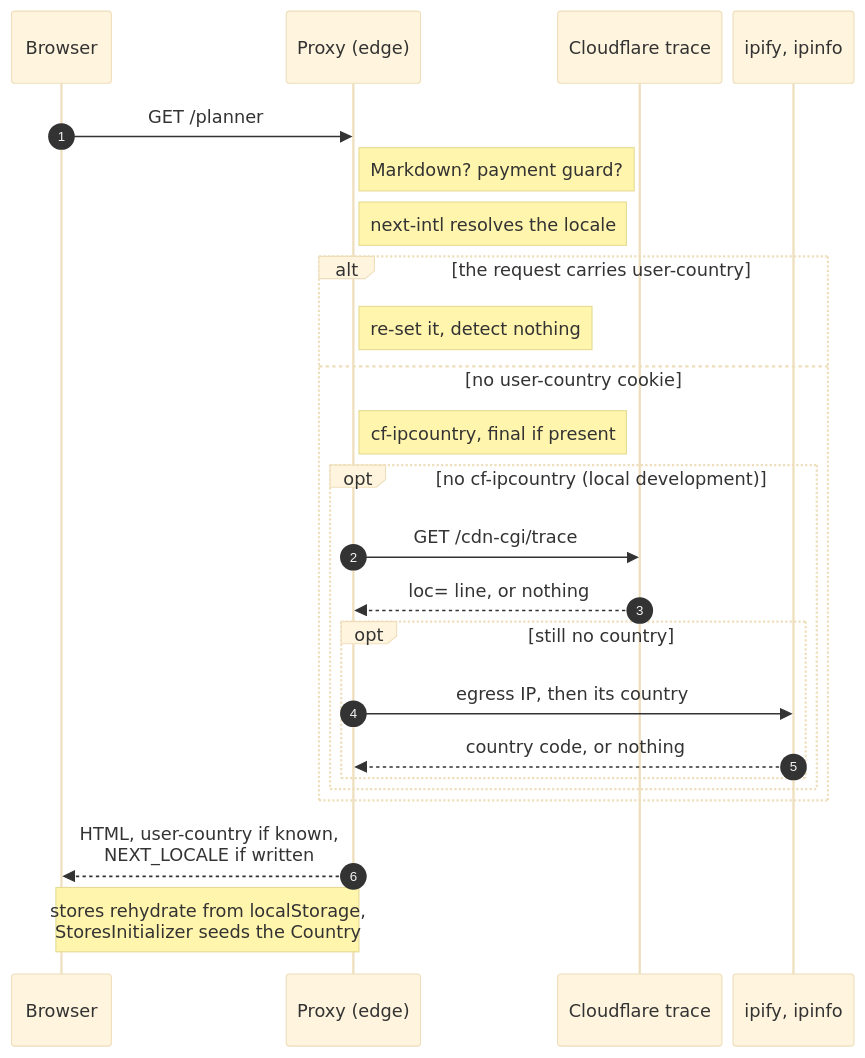
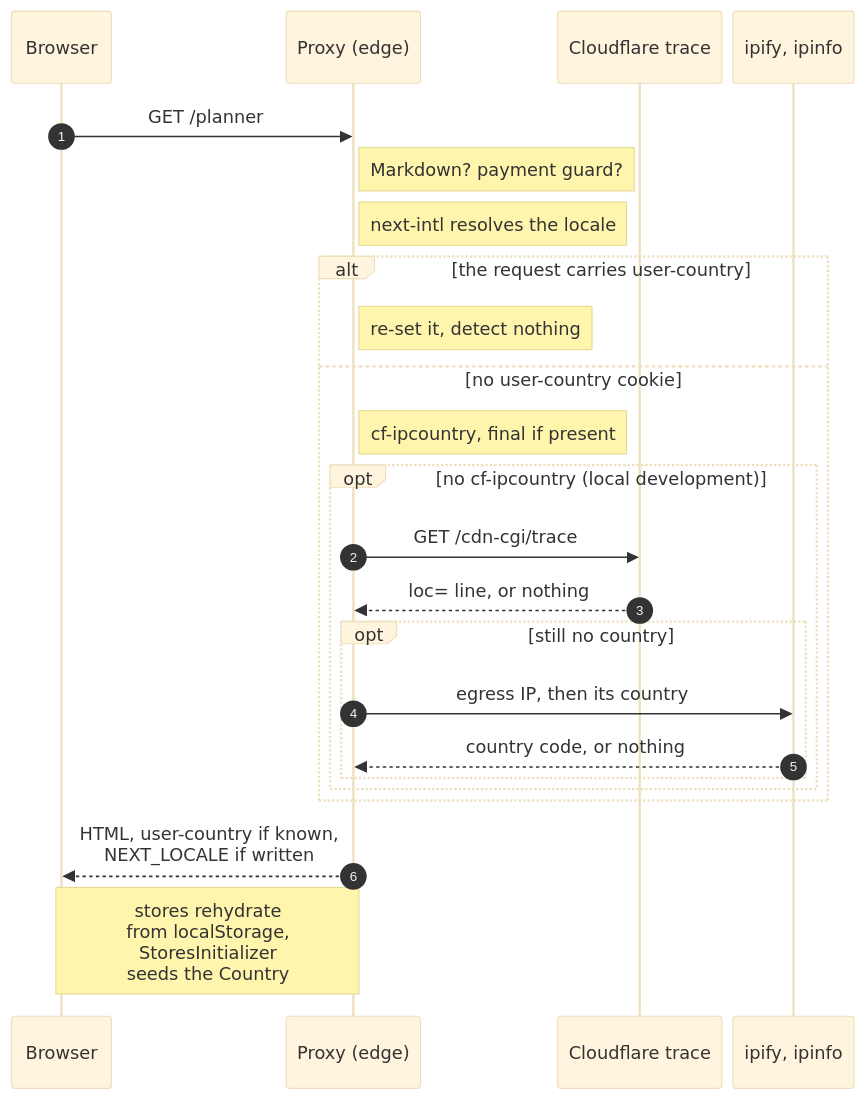
One commit to fbuireu/forever-pto changed the second of 3 diagrams in apps/docs/src/content/docs/how-it-works/overview.mdx. Above: the diagram before and after it, drawn with Mermaid (base theme). The commit also changed 7 other files, not shown here.

First line of the commit message:
docs(docs): keep diagram labels verbatim and legible, and draw gantt days in the planner's colours

````diff
--- a/apps/docs/src/content/docs/how-it-works/overview.mdx
+++ b/apps/docs/src/content/docs/how-it-works/overview.mdx
@@ -48,35 +48,35 @@
 ```mermaid
 ---
 config:
   look: handDrawn
   layout: dagre
   sequence:
     wrap: false
     width: 90
     actorMargin: 10
 ---
 sequenceDiagram
   autonumber
   participant B as Browser
   participant P as Proxy (edge)
   participant CF as Cloudflare trace
   participant IP as ipify, ipinfo
   B->>P: GET /planner
   Note right of P: Markdown? payment guard?
   Note right of P: next-intl resolves the locale
   alt the request carries user-country
     Note right of P: re-set it, detect nothing
   else no user-country cookie
     Note right of P: cf-ipcountry, final if present
     opt no cf-ipcountry (local development)
       P->>CF: GET /cdn-cgi/trace
       CF-->>P: loc= line, or nothing
       opt still no country
         P->>IP: egress IP, then its country
         IP-->>P: country code, or nothing
       end
     end
   end
   P-->>B: HTML, user-country if known,<br/>NEXT_LOCALE if written
-  Note over B,P: stores rehydrate from localStorage,<br/>StoresInitializer seeds the Country
+  Note over B,P: stores rehydrate<br/>from localStorage,<br/>StoresInitializer<br/>seeds the Country
 ```
````
